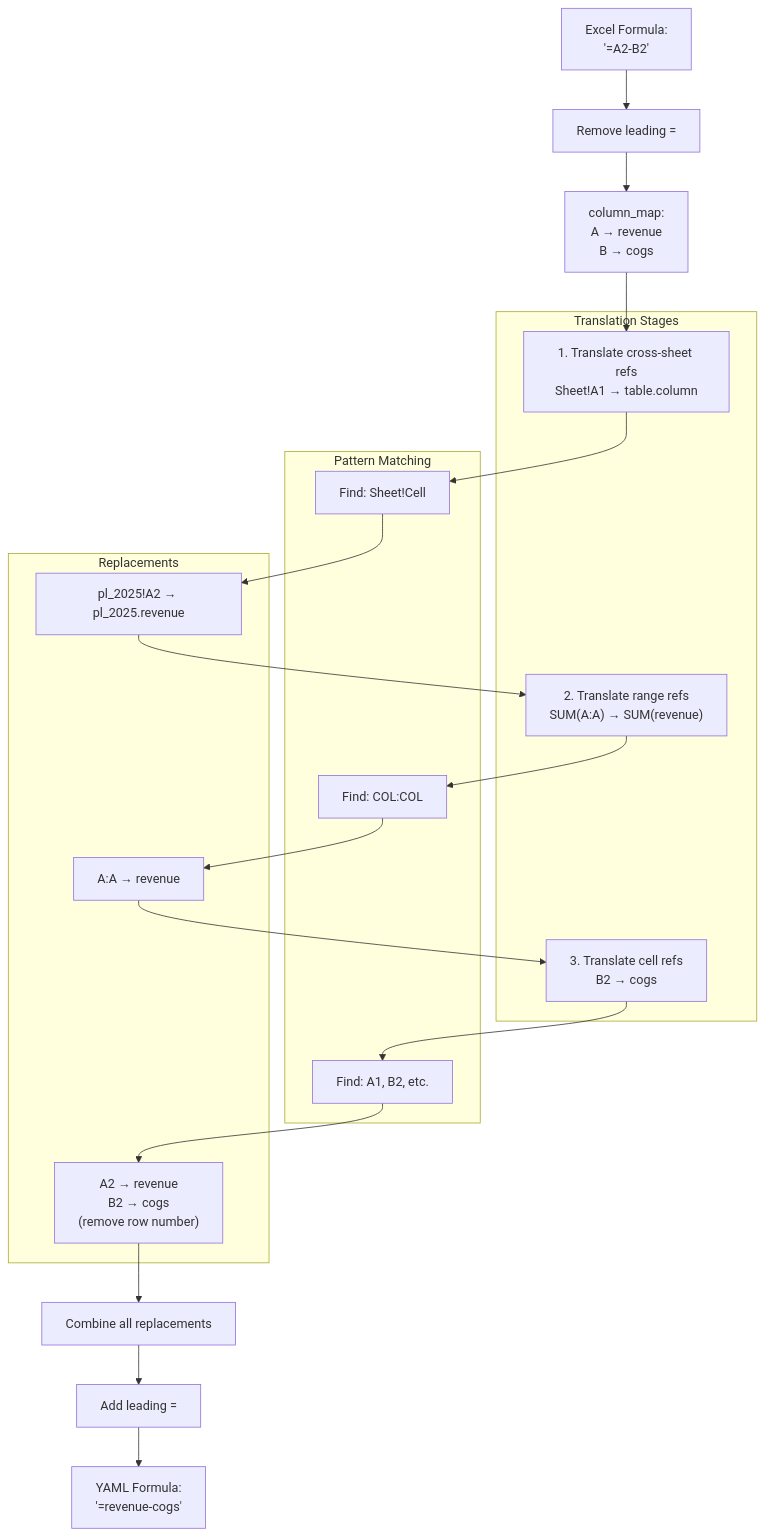
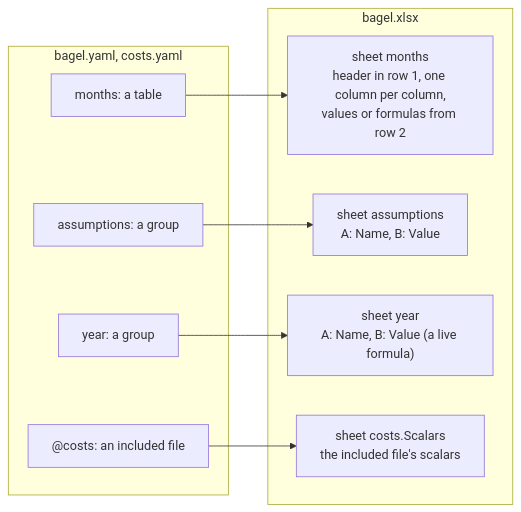
Before and after one commit to mollendorff-ai/forge: the first of 3 diagrams in docs/architecture/05-EXCEL-INTEGRATION.md, drawn with Mermaid. The commit also changed other lines of this file and 29 other files, not shown here.

First line of the commit message:
Rewrite the architecture docs from the code, with diagrams and a check

````diff
--- a/docs/architecture/05-EXCEL-INTEGRATION.md
+++ b/docs/architecture/05-EXCEL-INTEGRATION.md
@@ -950,43 +19,19 @@
 ```mermaid
-graph TB
-    Start["Excel Formula:<br/>'=A2-B2'"]
-    Strip["Remove leading ="]
-    CreateMap["column_map:<br/>A → revenue<br/>B → cogs"]
-
-    subgraph "Translation Stages"
-        Stage1["1. Translate cross-sheet refs<br/>Sheet!A1 → table.column"]
-        Stage2["2. Translate range refs<br/>SUM(A:A) → SUM(revenue)"]
-        Stage3["3. Translate cell refs<br/>B2 → cogs"]
+flowchart LR
+    subgraph yaml["bagel.yaml, costs.yaml"]
+        t["months: a table"]
+        g1["assumptions: a group"]
+        g2["year: a group"]
+        inc["@costs: an included file"]
     end
-
-    subgraph "Pattern Matching"
-        FindSheetRefs["Find: Sheet!Cell"]
-        FindRangeRefs["Find: COL:COL"]
-        FindCellRefs["Find: A1, B2, etc."]
+    subgraph book["bagel.xlsx"]
+        s1["sheet months<br/>header in row 1, one column per column,<br/>values or formulas from row 2"]
+        s2["sheet assumptions<br/>A: Name, B: Value"]
+        s3["sheet year<br/>A: Name, B: Value (a live formula)"]
+        s4["sheet costs.Scalars<br/>the included file's scalars"]
     end
-
-    subgraph "Replacements"
-        SheetReplace["pl_2025!A2 → pl_2025.revenue"]
-        RangeReplace["A:A → revenue"]
-        CellReplace["A2 → revenue<br/>B2 → cogs<br/>(remove row number)"]
-    end
-
-    Combine["Combine all replacements"]
-    AddEquals["Add leading ="]
-    Result["YAML Formula:<br/>'=revenue-cogs'"]
-
-    Start --> Strip
-    Strip --> CreateMap
-    CreateMap --> Stage1
-    Stage1 --> FindSheetRefs
-    FindSheetRefs --> SheetReplace
-    SheetReplace --> Stage2
-    Stage2 --> FindRangeRefs
-    FindRangeRefs --> RangeReplace
-    RangeReplace --> Stage3
-    Stage3 --> FindCellRefs
-    FindCellRefs --> CellReplace
-    CellReplace --> Combine
-    Combine --> AddEquals
-    AddEquals --> Result
+    t --> s1
+    g1 --> s2
+    g2 --> s3
+    inc --> s4
 ```
````
